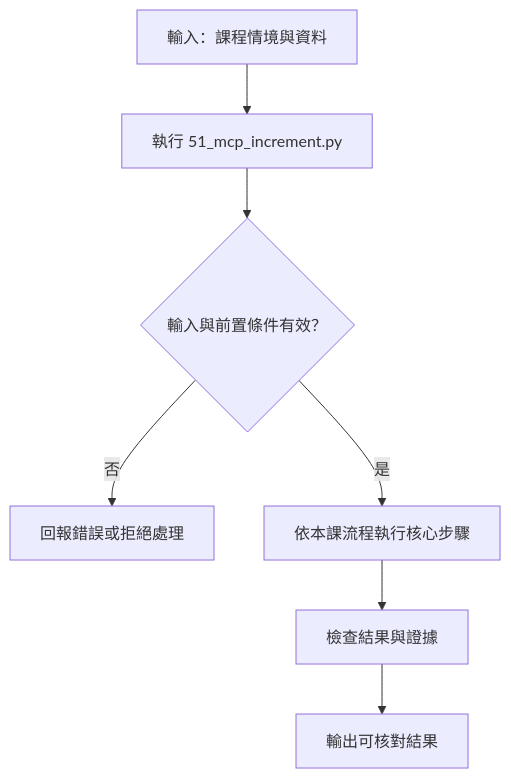
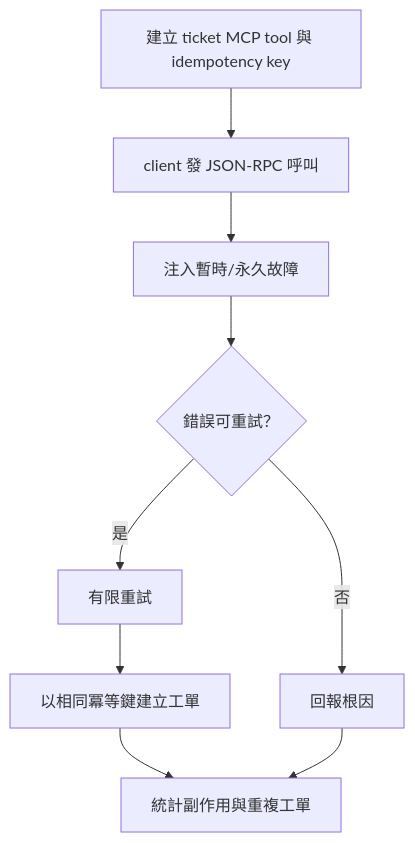
One commit to 4-learn/LLM-demo changed the first of 5 diagrams in 44-mcp-increment.md. Above: the diagram before and after it, drawn with Mermaid. The commit also changed other lines of this file and 66 other files, not shown here.

Commit message:
[pm] docs: expand lesson diagrams and fix course mapping (#17)

````diff
--- a/44-mcp-increment.md
+++ b/44-mcp-increment.md
@@ -10,9 +10,11 @@
 ```mermaid
 flowchart TD
-    A[輸入：課程情境與資料] --> B[執行 51_mcp_increment.py]
-    B --> C{輸入與前置條件有效？}
-    C -- 否 --> D[回報錯誤或拒絕處理]
-    C -- 是 --> E[依本課流程執行核心步驟]
-    E --> F[檢查結果與證據]
-    F --> G[輸出可核對結果]
+    A[建立 ticket MCP tool 與 idempotency key] --> B[client 發 JSON-RPC 呼叫]
+    B --> C[注入暫時/永久故障]
+    C --> D{錯誤可重試？}
+    D -- 是 --> E[有限重試]
+    D -- 否 --> F[回報根因]
+    E --> G[以相同冪等鍵建立工單]
+    G --> H[統計副作用與重複工單]
+    F --> H
 ```
````
